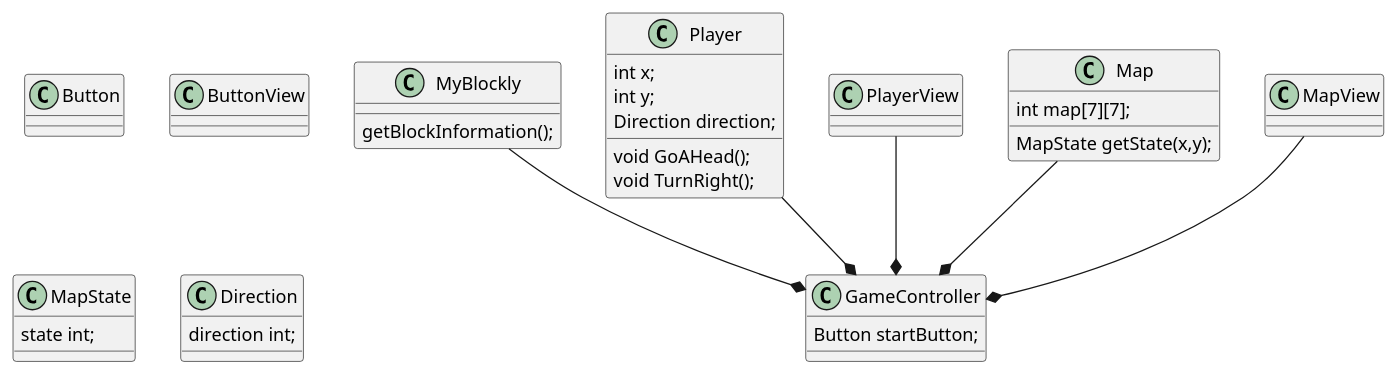
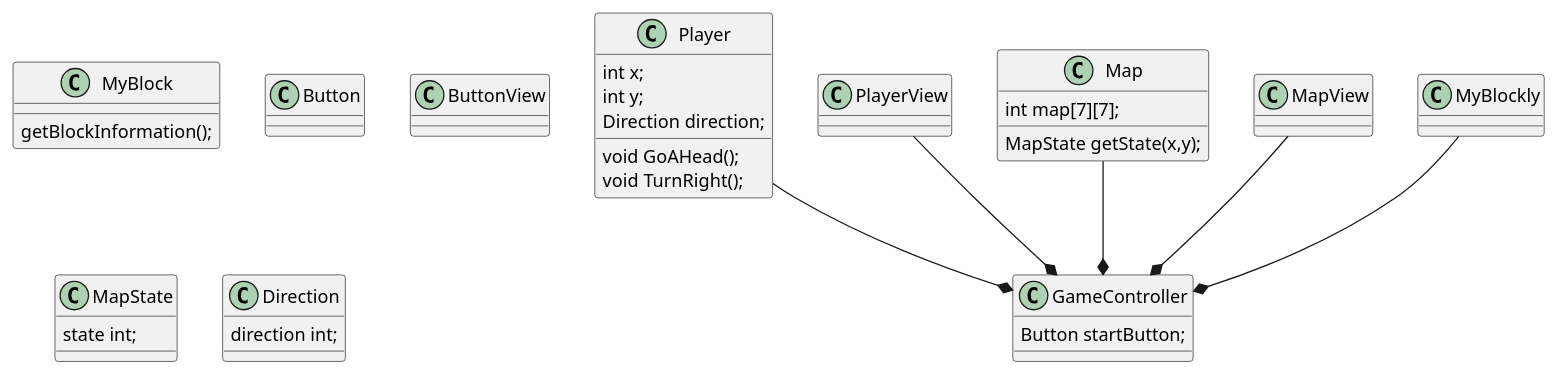
The diagram in gomadare.puml (KohamaKaito/Lord_of_Code), drawn with PlantUML before and after one commit. The commit also changed 8 other files, not shown here.

```diff
--- a/gomadare.puml
+++ b/gomadare.puml
@@ -1,48 +1,48 @@
 @startuml
 class GameController{
     Button startButton;
 }
 
-class MyBlockly{
+class MyBlock{
     getBlockInformation();
 }
 
 class Button{
 }
 
 class ButtonView{
 }
 
 class Player{
     int x;
     int y;
     Direction direction;
     void GoAHead();
     void TurnRight();
 }
 
 class PlayerView{
 }
 
 class Map{
     int map[7][7];
     MapState getState(x,y);
 }
 
 class MapView{
 }
 
 class MapState{
     state int;
 }
 
 class Direction{
     direction int;
 }
 
 Player --* GameController
 PlayerView --* GameController
 Map --* GameController
 MapView --* GameController
 MyBlockly --* GameController
 @enduml
```
